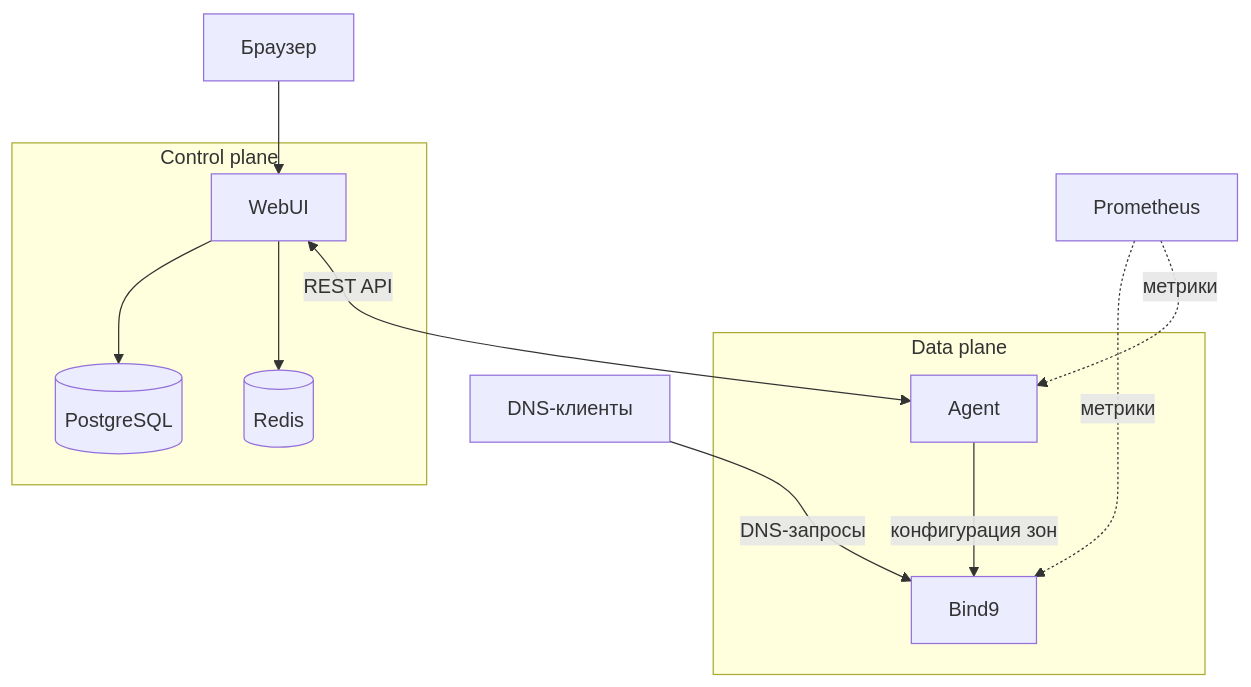
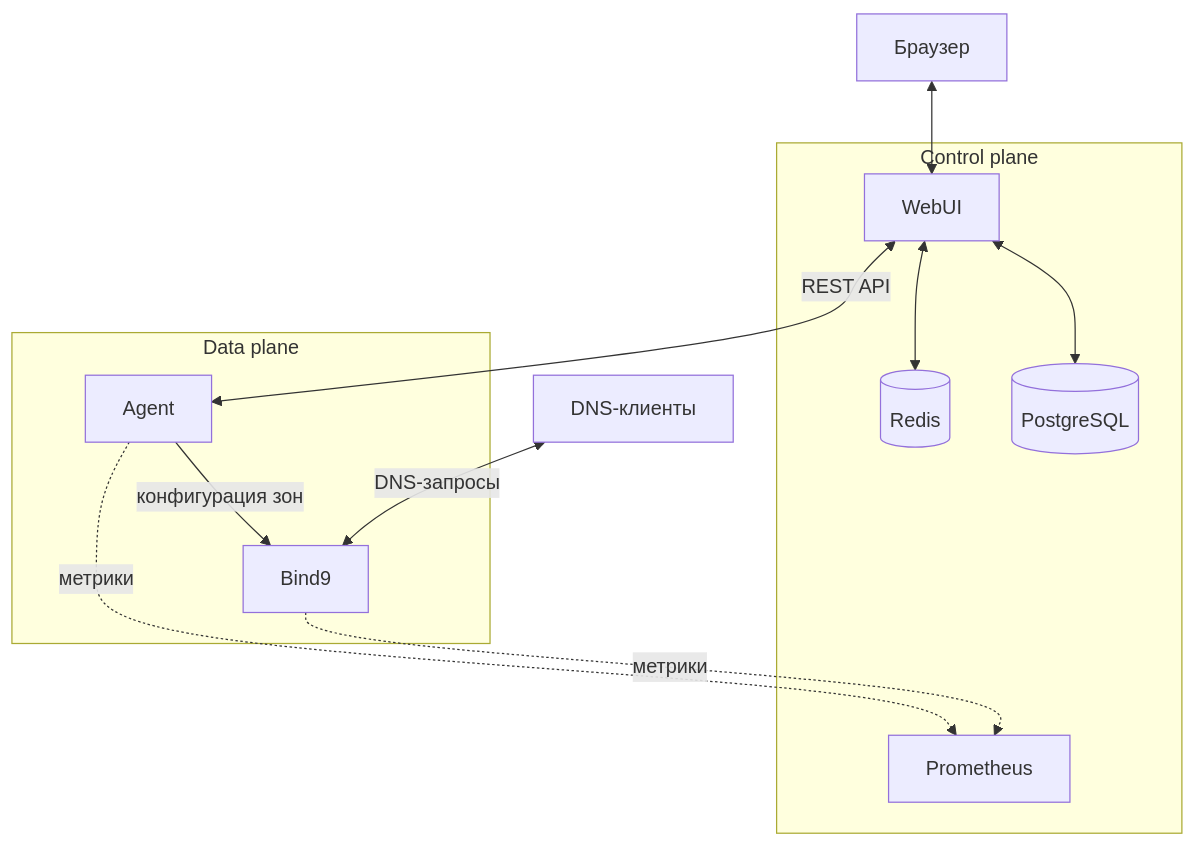
One commit to vanzhiganov/vanzhiganov.github.io changed the diagram in _posts/2026-10-16-zettadns-architecture.md. Above: the diagram before and after it, drawn with Mermaid. The commit also changed 1 other file, not shown here.

Commit message:
update diagram

````diff
--- a/_posts/2026-10-16-zettadns-architecture.md
+++ b/_posts/2026-10-16-zettadns-architecture.md
@@ -13,23 +13,24 @@
 ```mermaid
 flowchart TD
     subgraph Control [Control plane]
         WebUI[WebUI]
         DB[(PostgreSQL)]
         Cache[(Redis)]
+        Prometheus[(Prometheus)]
     end
     subgraph Data [Data plane]
         Agent[Agent]
         Bind9[Bind9]
     end
     Browser[Браузер]
     Clients[DNS-клиенты]
     Prometheus[Prometheus]
-    Browser --> WebUI
-    WebUI --> DB
-    WebUI --> Cache
+    Browser <--> WebUI
+    WebUI <--> DB
+    WebUI <--> Cache
     WebUI <-->|REST API| Agent
     Agent -->|конфигурация зон| Bind9
-    Clients -->|DNS-запросы| Bind9
-    Prometheus -.->|метрики| Bind9
-    Prometheus -.->|метрики| Agent
+    Bind9 -.->|метрики| Prometheus
+    Agent -.->|метрики| Prometheus
+    Clients <-->|DNS-запросы| Bind9
 ```
````
